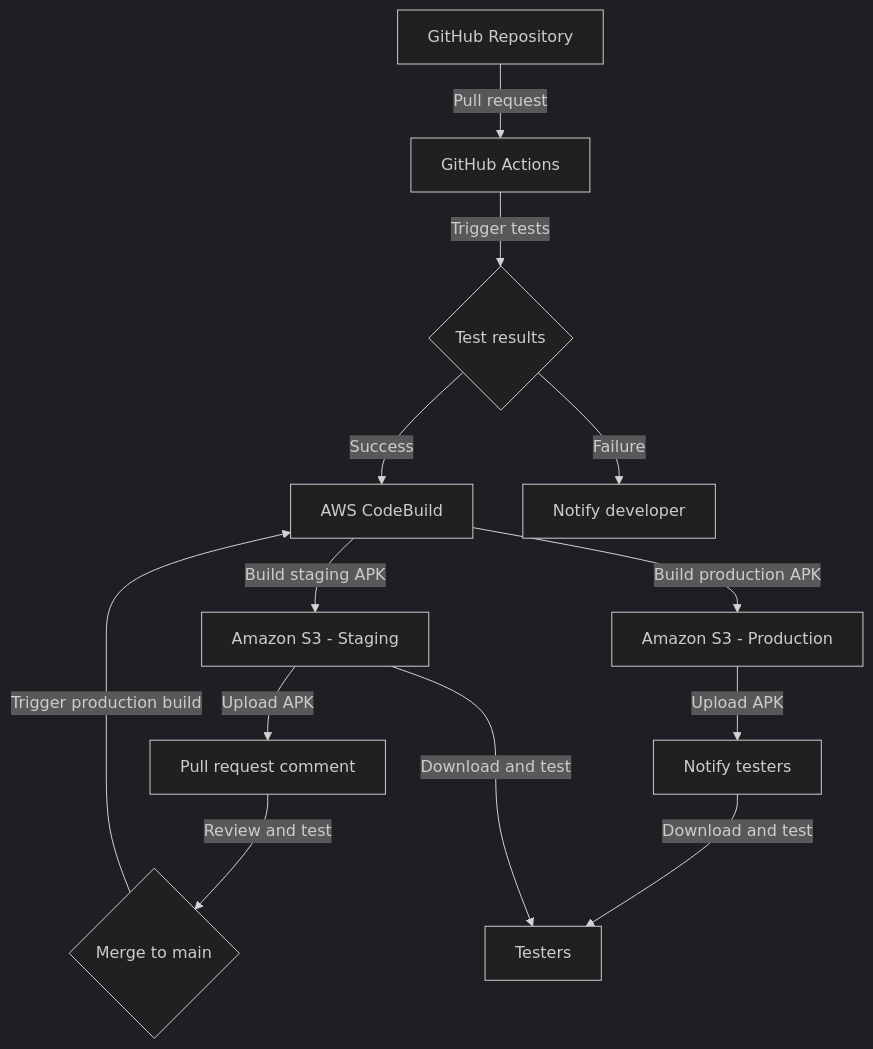
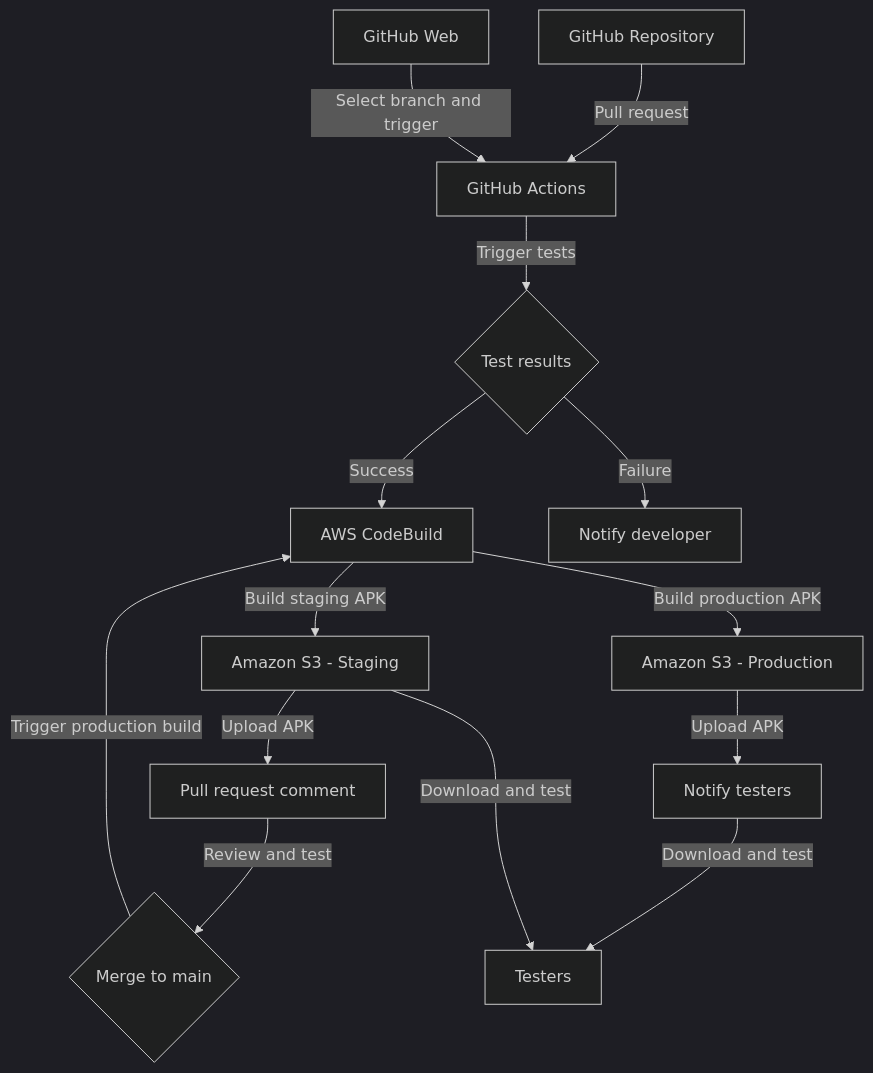
The second of 5 diagrams in android_build.md (hamatz/tech_doc), drawn with Mermaid (dark theme) before and after one commit. The commit also changed other lines of this file, not shown here.

````diff
--- a/android_build.md
+++ b/android_build.md
@@ -220,15 +284,16 @@
 ```mermaid
 graph TD;
     A[GitHub Repository] -->|Pull request| B[GitHub Actions]
     B -->|Trigger tests| C{Test results}
     C -->|Success| D[AWS CodeBuild]
     C -->|Failure| E[Notify developer]
     D -->|Build staging APK| F[Amazon S3 - Staging]
     D -->|Build production APK| G[Amazon S3 - Production]
     F -->|Upload APK| H[Pull request comment]
     G -->|Upload APK| I[Notify testers]
     H -->|Review and test| J{Merge to main}
     J -->|Trigger production build| D
     I -->|Download and test| K[Testers]
     F -->|Download and test| K
+    L[GitHub Web] -->|Select branch and trigger| B
 ```
````
